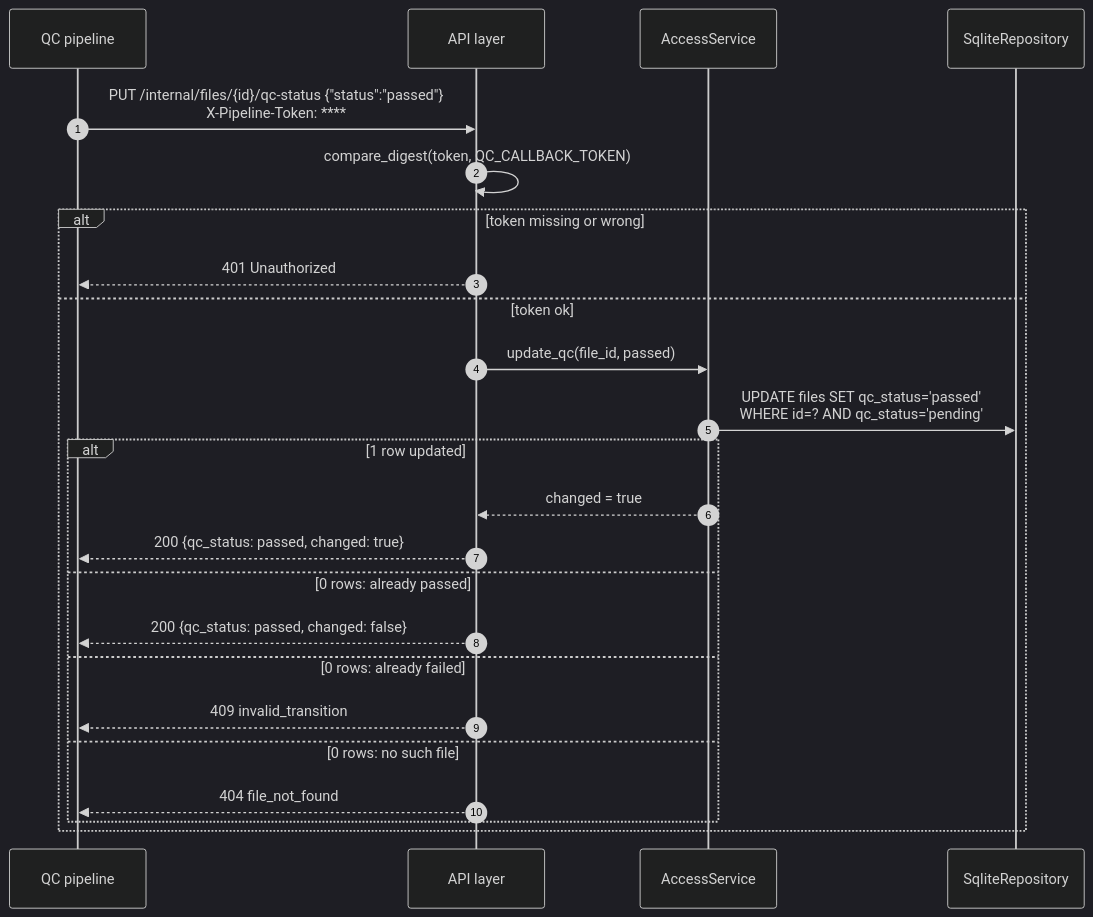
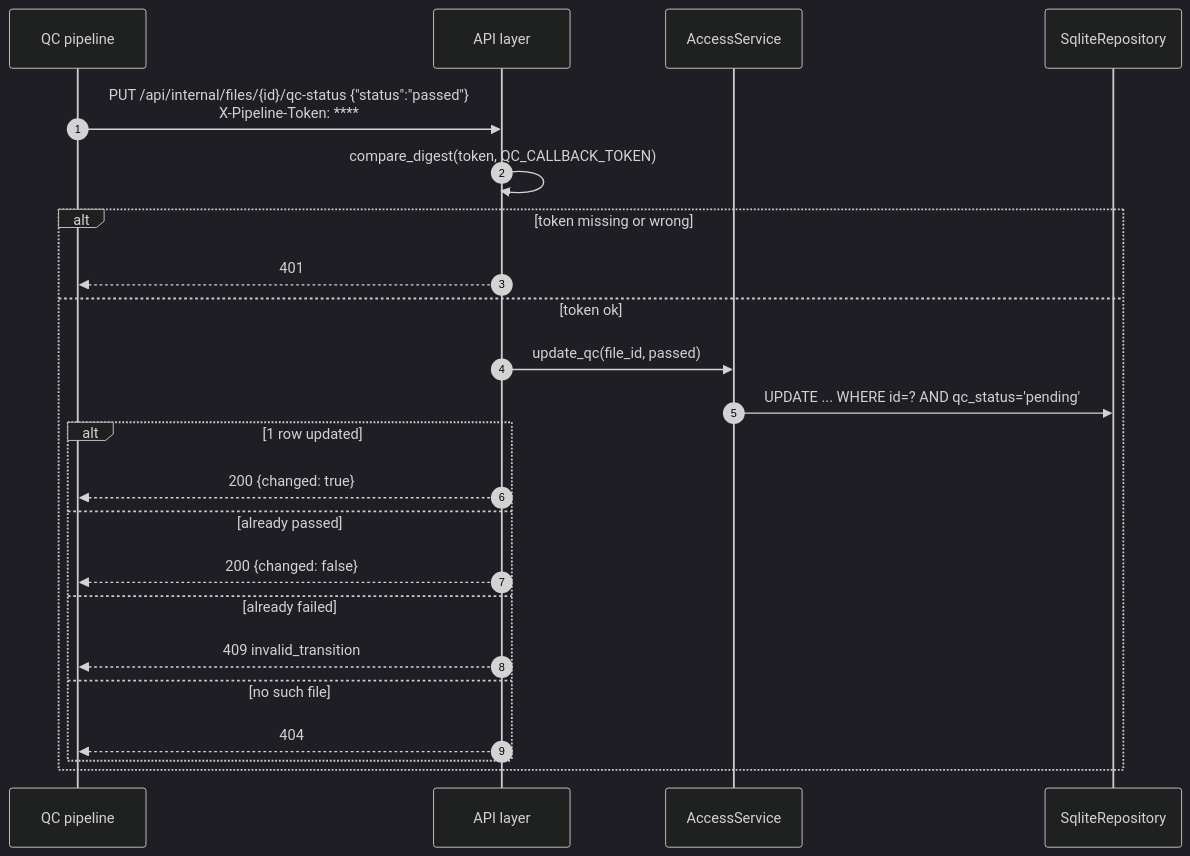
One commit to smitshah06/Sample-File-Access-Service changed the fifth of 10 diagrams in docs/implementation-plan.md. Above: the diagram before and after it, drawn with Mermaid (dark theme). The commit also changed other lines of this file and 64 other files, not shown here.

````diff
--- a/docs/implementation-plan.md
+++ b/docs/implementation-plan.md
@@ -461,26 +453,25 @@
 ```mermaid
 sequenceDiagram
   autonumber
   participant P as QC pipeline
   participant API as API layer
   participant S as AccessService
   participant R as SqliteRepository
-  P->>API: PUT /internal/files/{id}/qc-status {"status":"passed"}<br/>X-Pipeline-Token: ****
+  P->>API: PUT /api/internal/files/{id}/qc-status {"status":"passed"}<br/>X-Pipeline-Token: ****
   API->>API: compare_digest(token, QC_CALLBACK_TOKEN)
   alt token missing or wrong
-    API-->>P: 401 Unauthorized
+    API-->>P: 401
   else token ok
     API->>S: update_qc(file_id, passed)
-    S->>R: UPDATE files SET qc_status='passed'<br/>WHERE id=? AND qc_status='pending'
+    S->>R: UPDATE ... WHERE id=? AND qc_status='pending'
     alt 1 row updated
-      S-->>API: changed = true
-      API-->>P: 200 {qc_status: passed, changed: true}
-    else 0 rows: already passed
-      API-->>P: 200 {qc_status: passed, changed: false}
-    else 0 rows: already failed
+      API-->>P: 200 {changed: true}
+    else already passed
+      API-->>P: 200 {changed: false}
+    else already failed
       API-->>P: 409 invalid_transition
-    else 0 rows: no such file
-      API-->>P: 404 file_not_found
+    else no such file
+      API-->>P: 404
     end
   end
 ```
````
